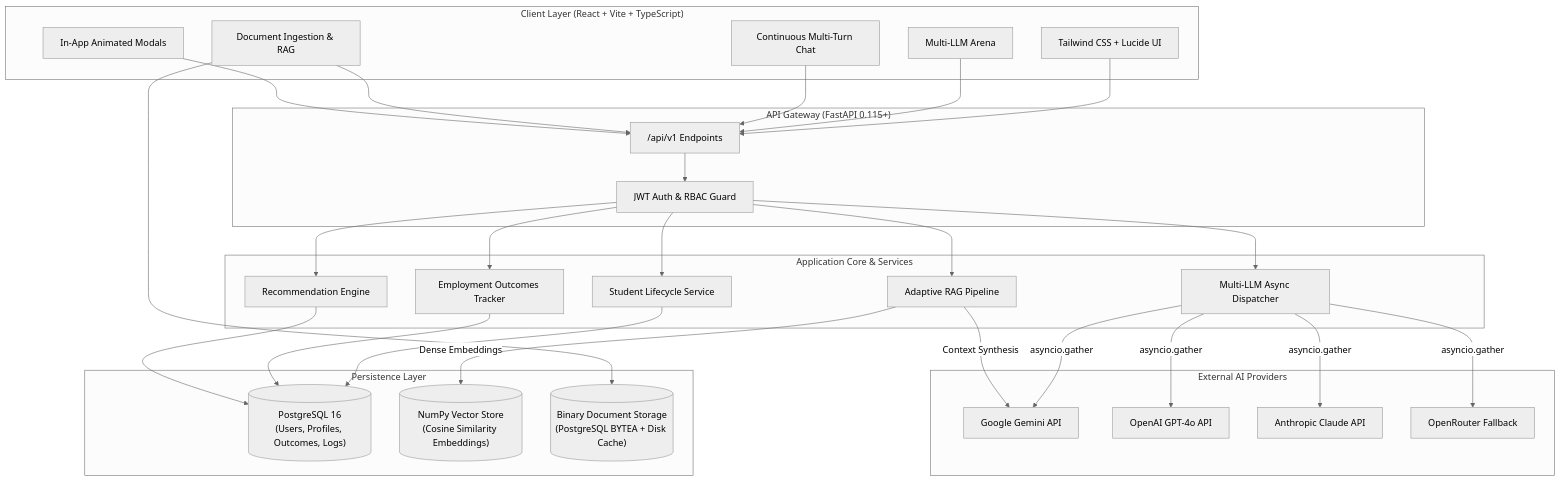
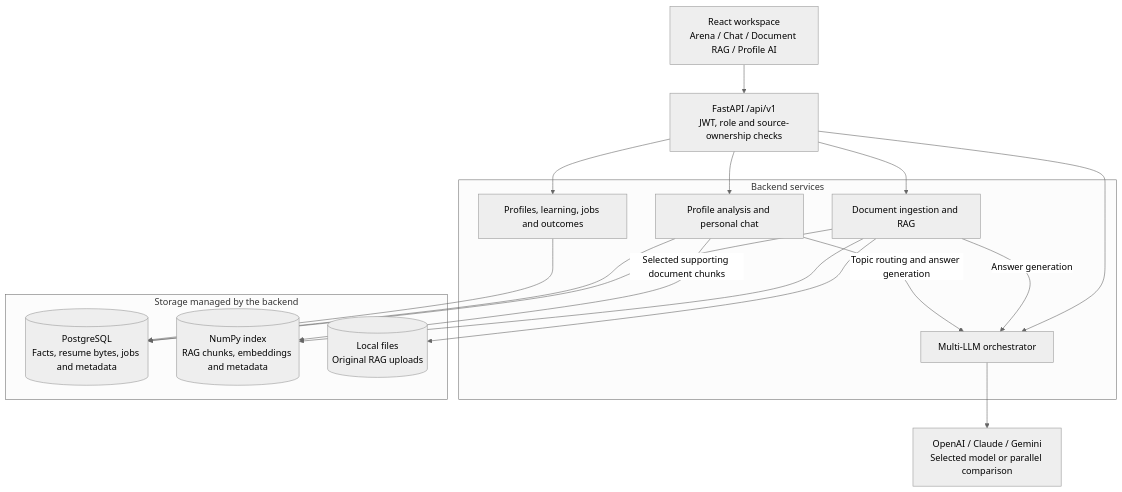
The first of 4 diagrams in README.md (Babar-5566/SIH26044---Assess-Upskill-Connect-Get-Hired-Grow), drawn with Mermaid (neutral theme) before and after one commit. The commit also changed other lines of this file and 26 other files, not shown here.

Commit message:
feat: add My Profile AI resume analysis, explainable job matching and cited student chat

````diff
--- a/README.md
+++ b/README.md
@@ -37,51 +59,35 @@
 ```mermaid
-flowchart TD
-    subgraph Client ["Client Layer (React + Vite + TypeScript)"]
-        UI["Tailwind CSS + Lucide UI"]
-        Arena["Multi-LLM Arena"]
-        Chat["Continuous Multi-Turn Chat"]
-        RAGUI["Document Ingestion & RAG"]
-        Modal["In-App Animated Modals"]
+flowchart TB
+    Browser["React workspace<br/>Arena / Chat / Document RAG / Profile AI"]
+    API["FastAPI /api/v1<br/>JWT, role and source-ownership checks"]
+
+    subgraph Services ["Backend services"]
+        Chat["Multi-LLM orchestrator"]
+        RAG["Document ingestion and RAG"]
+        Profile["Profile analysis and personal chat"]
+        Platform["Profiles, learning, jobs and outcomes"]
     end
 
-    subgraph Gateway ["API Gateway (FastAPI 0.115+)"]
-        AuthGuard["JWT Auth & RBAC Guard"]
-        Router["/api/v1 Endpoints"]
+    subgraph Storage ["Storage managed by the backend"]
+        DB[("PostgreSQL<br/>Facts, resume bytes, jobs and metadata")]
+        Index[("NumPy index<br/>RAG chunks, embeddings and metadata")]
+        Files[("Local files<br/>Original RAG uploads")]
     end
 
-    subgraph Core ["Application Core & Services"]
-        StudentSvc["Student Lifecycle Service"]
-        OutcomeSvc["Employment Outcomes Tracker"]
-        RecSvc["Recommendation Engine"]
-        MultiLLM["Multi-LLM Async Dispatcher"]
-        RAGEngine["Adaptive RAG Pipeline"]
-    end
+    Providers["OpenAI / Claude / Gemini<br/>Selected model or parallel comparison"]
 
-    subgraph AIProviders ["External AI Providers"]
-        Gemini["Google Gemini API"]
-        OpenAI["OpenAI GPT-4o API"]
-        Claude["Anthropic Claude API"]
-        OpenRouter["OpenRouter Fallback"]
-    end
-
-    subgraph Storage ["Persistence Layer"]
-        PG[("PostgreSQL 16\n(Users, Profiles, Outcomes, Logs)")]
-        VectorStore[("NumPy Vector Store\n(Cosine Similarity Embeddings)")]
-        DocRepo[("Binary Document Storage\n(PostgreSQL BYTEA + Disk Cache)")]
-    end
-
-    UI --> Router
-    Arena --> Router
-    Chat --> Router
-    RAGUI --> Router
-    Modal --> Router
-
-    Router --> AuthGuard
-    AuthGuard --> StudentSvc & OutcomeSvc & RecSvc & MultiLLM & RAGEngine
-
-    MultiLLM -->|asyncio.gather| Gemini & OpenAI & Claude & OpenRouter
-    RAGEngine -->|Dense Embeddings| VectorStore
-    RAGEngine -->|Context Synthesis| Gemini
-    StudentSvc & OutcomeSvc & RecSvc --> PG
-    RAGUI --> DocRepo
+    Browser --> API
+    API --> Chat
+    API --> RAG
+    API --> Profile
+    API --> Platform
+    Chat --> Providers
+    RAG -->|Answer generation| Chat
+    Profile -->|Topic routing and answer generation| Chat
+    RAG --> DB
+    RAG --> Index
+    RAG --> Files
+    Profile --> DB
+    Profile -->|Selected supporting document chunks| Index
+    Platform --> DB
 ```
````
